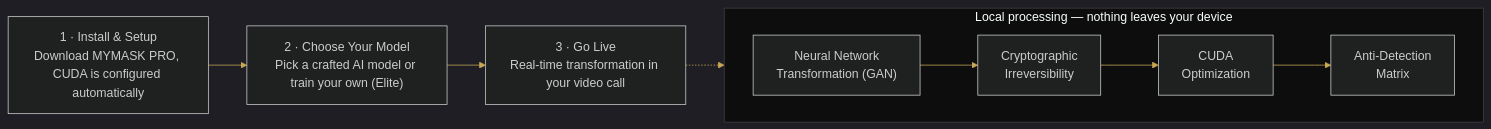
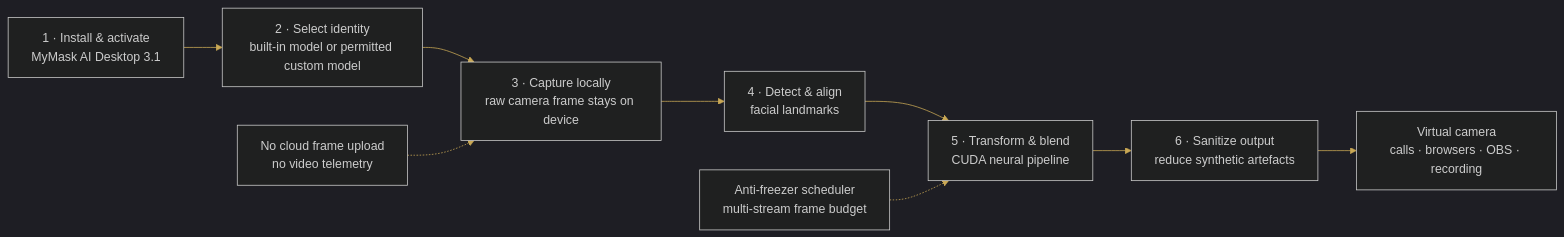
One commit to deepdrogo/mymask-ai changed the diagram in README.md. Above: the diagram before and after it, drawn with Mermaid. The commit also changed other lines of this file and 13 other files, not shown here.

````diff
--- a/README.md
+++ b/README.md
@@ -130,11 +147,12 @@
 ```mermaid
 %%{init: {'theme': 'dark', 'themeVariables': { 'primaryColor': '#1a1a1a', 'primaryTextColor': '#ffffff', 'primaryBorderColor': '#c9a855', 'lineColor': '#c9a855', 'secondaryColor': '#0d0d0d', 'tertiaryColor': '#0d0d0d', 'clusterBkg': '#0d0d0d', 'clusterBorder': '#404040', 'edgeLabelBackground': '#0d0d0d', 'fontFamily': 'Inter, Segoe UI, sans-serif' } } }%%
 flowchart LR
-    A["1 · Install & Setup<br/>Download MYMASK PRO, CUDA is configured automatically"] --> B["2 · Choose Your Model<br/>Pick a crafted AI model or train your own (Elite)"]
-    B --> C["3 · Go Live<br/>Real-time transformation in your video call"]
-    subgraph Engine["Local processing — nothing leaves your device"]
-        direction LR
-        N["Neural Network<br/>Transformation (GAN)"] --> K["Cryptographic<br/>Irreversibility"] --> G["CUDA<br/>Optimization"] --> D["Anti-Detection<br/>Matrix"]
-    end
-    C -.-> Engine
+    A["1 · Install & activate<br/>MyMask AI Desktop 3.1"] --> B["2 · Select identity<br/>built-in model or permitted custom model"]
+    B --> C["3 · Capture locally<br/>raw camera frame stays on device"]
+    C --> D["4 · Detect & align<br/>facial landmarks"]
+    D --> E["5 · Transform & blend<br/>CUDA neural pipeline"]
+    E --> F["6 · Sanitize output<br/>reduce synthetic artefacts"]
+    F --> G["Virtual camera<br/>calls · browsers · OBS · recording"]
+    H["Anti-freezer scheduler<br/>multi-stream frame budget"] -.-> E
+    I["No cloud frame upload<br/>no video telemetry"] -.-> C
 ```
````
